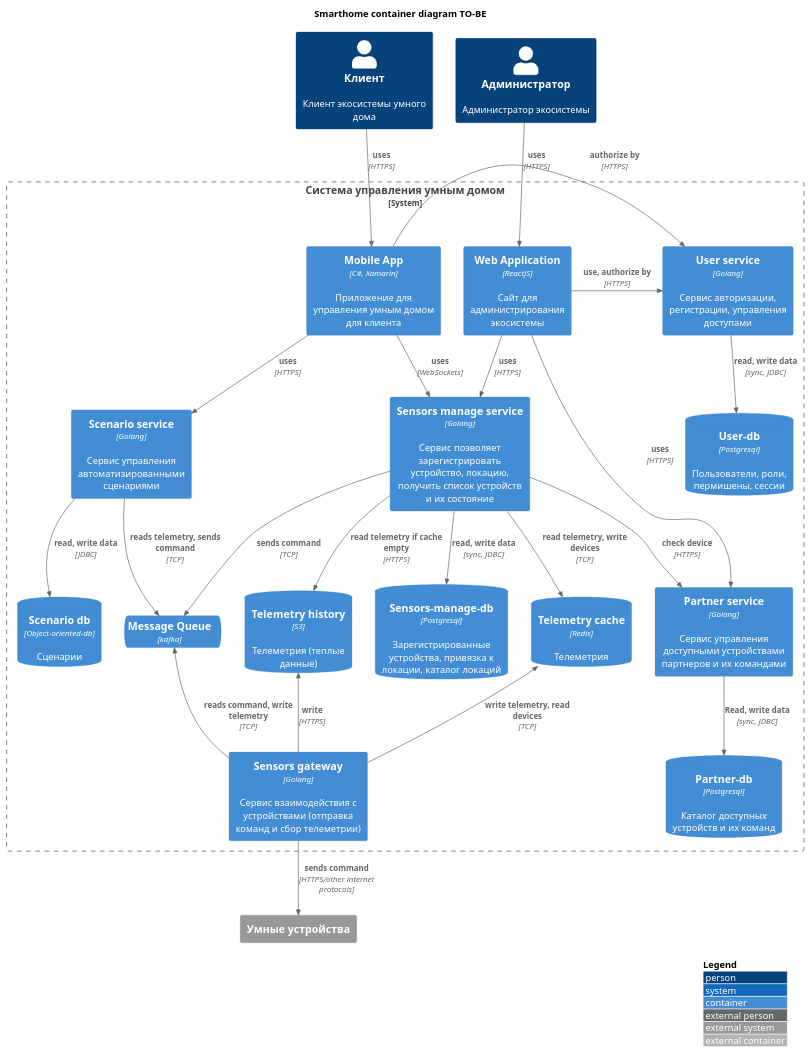
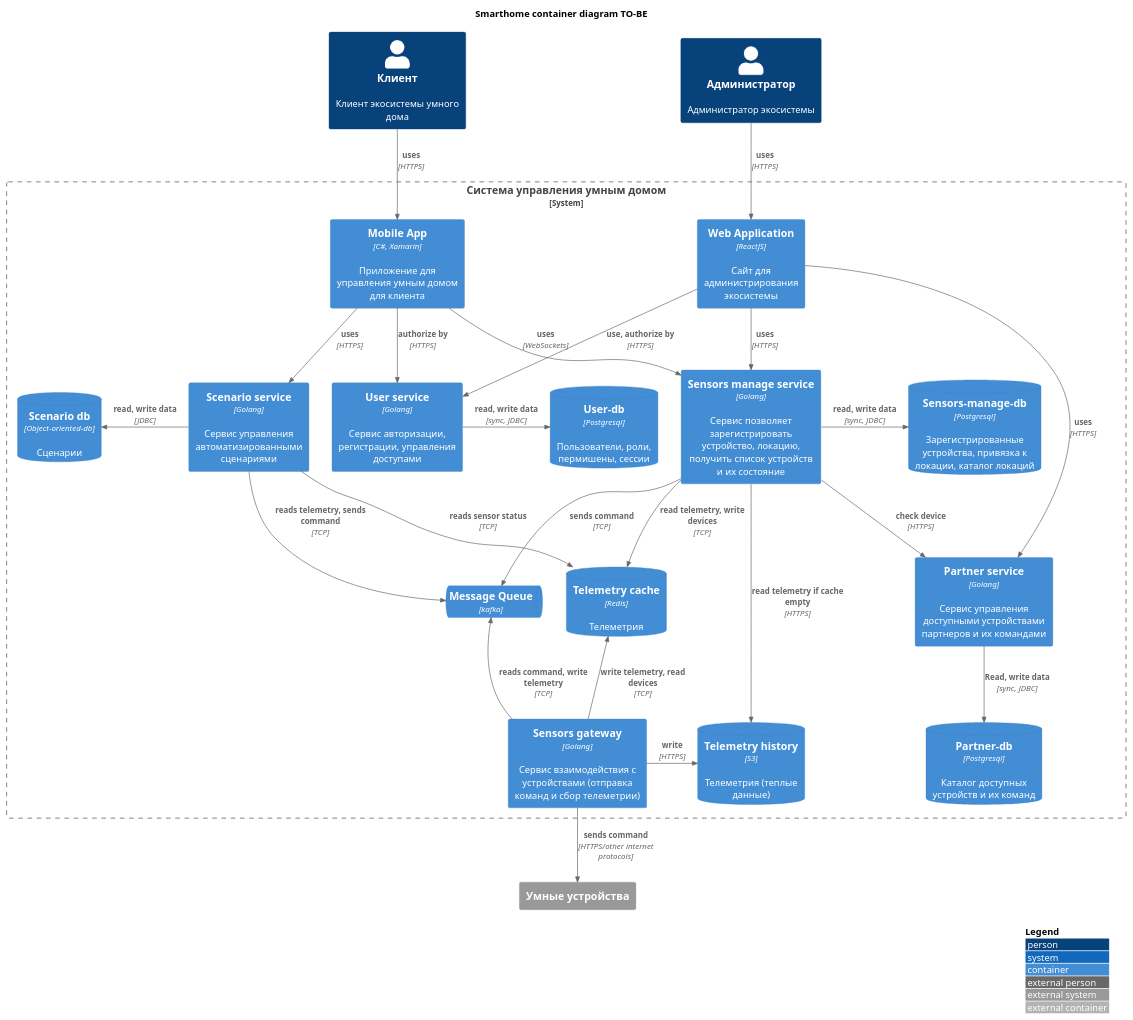
Before and after one commit to annmozer116/warmhouse-golang: the diagram in schemas/container/Smarthome-container.puml, drawn with PlantUML. The commit also changed 3 other files, not shown here.

Commit message:
Update Component diagram 3 and fix d1, d2, d0

```diff
--- a/schemas/container/Smarthome-container.puml
+++ b/schemas/container/Smarthome-container.puml
@@ -1,87 +1,89 @@
 @startuml Smart-home-container
 !include https://raw.githubusercontent.com/plantuml-stdlib/C4-PlantUML/master/C4_Container.puml
 ' uncomment the following line and comment the first to use locally
 ' !include C4_Container.puml
 
 ' LAYOUT_TOP_DOWN()
 ' LAYOUT_AS_SKETCH()
 LAYOUT_WITH_LEGEND()
 
 title Smarthome container diagram TO-BE
 
 Person(user, "Клиент", "Клиент экосистемы умного дома")
 Person(admin, "Администратор", "Администратор экосистемы")
 
 System_Boundary(c1, "Система управления умным домом") {
     Container(admin_web_app, "Web Application", "ReactJS", "Сайт для администрирования экосистемы")
     Container(mobile_app, "Mobile App", "C#, Xamarin", "Приложение для управления умным домом для клиента")
 
     Container(user_service, "User service", "Golang", "Сервис авторизации, регистрации, управления доступами")
     ContainerDb(user_service_db, "User-db", "Postgresql", "Пользователи, роли, пермишены, сессии")
 
     Container(partner_service, "Partner service", "Golang", "Сервис управления доступными устройствами партнеров и их командами")
     ContainerDb(partner_service_db, "Partner-db", "Postgresql", "Каталог доступных устройств и их команд")
 
     Container(sensors_manage_service, "Sensors manage service", "Golang", "Сервис позволяет зарегистрировать устройство, локацию, получить список устройств и их состояние")
     ContainerDb(sensors_manage_service_db, "Sensors-manage-db", "Postgresql", "Зарегистрированные устройства, привязка к локации, каталог локаций")
 
-    Container(sensors_service, "Sensors gateway", "Golang", "Сервис взаимодействия с устройствами (отправка команд и сбор телеметрии)")
+    Container(sensors_gw_service, "Sensors gateway", "Golang", "Сервис взаимодействия с устройствами (отправка команд и сбор телеметрии)")
     ContainerDb(telemetry_cache, "Telemetry cache", "Redis", "Телеметрия")
     ContainerDb(telemetry_history, "Telemetry history", "S3", "Телеметрия (теплые данные)")
 
     ContainerQueue(smarthome_mq, "Message Queue", "kafka")
 
     Container(scenario_service, "Scenario service", "Golang", "Сервис управления автоматизированными сценариями")
     ContainerDb(scenario_service_db, "Scenario db", "Object-oriented-db", "Сценарии")
 
     ' ContainerDb(database, "Database", "SQL Database", "Stores user registration information, hashed auth credentials, access logs, etc.")
     ' Container(backend_api, "API Application", "Java, Docker Container", "Provides Internet banking functionality via API")
 }
 System_Ext(sensor, "Умные устройства")
 
 Rel(user, mobile_app, "uses", "HTTPS")
 Rel(admin, admin_web_app, "uses", "HTTPS")
 
-Rel_Neighbor(mobile_app,user_service, "authorize by", "HTTPS")
-Rel_Neighbor(admin_web_app,user_service, "use, authorize by", "HTTPS")
+Rel_R(mobile_app,user_service, "authorize by", "HTTPS")
+Rel(admin_web_app,user_service, "use, authorize by", "HTTPS")
 Rel(admin_web_app,sensors_manage_service, "uses", "HTTPS")
-Rel(user_service,user_service_db, "read, write data", "sync, JDBC")
+Rel_Neighbor(user_service,user_service_db, "read, write data", "sync, JDBC")
 
 Rel(admin_web_app, partner_service, "uses", "HTTPS")
 Rel(partner_service, partner_service_db, "Read, write data", "sync, JDBC")
 
 Rel(mobile_app, sensors_manage_service, "uses", "WebSockets")
-Rel(sensors_manage_service, sensors_manage_service_db, "read, write data", "sync, JDBC")
+Rel_Neighbor(sensors_manage_service, sensors_manage_service_db, "read, write data", "sync, JDBC")
 
 Rel(sensors_manage_service, smarthome_mq, "sends command", "TCP")
-Rel_U(sensors_service, smarthome_mq, "reads command, write telemetry", "TCP")
+Rel_U(sensors_gw_service, smarthome_mq, "reads command, write telemetry", "TCP")
 
 Rel(sensors_manage_service, partner_service, "check device", "HTTPS")
 Rel(sensors_manage_service, telemetry_cache, "read telemetry, write devices", "TCP")
 Rel(sensors_manage_service, telemetry_history, "read telemetry if cache empty", "HTTPS")
 
-Rel(sensors_service, sensor, "sends command", "HTTPS/other internet protocols")
-Rel_U(sensors_service, telemetry_cache, "write telemetry, read devices", "TCP")
-Rel_U(sensors_service, telemetry_history, "write", "HTTPS")
+Rel(sensors_gw_service, sensor, "sends command", "HTTPS/other internet protocols")
+Rel_U(sensors_gw_service, telemetry_cache, "write telemetry, read devices", "TCP")
+Rel_Neighbor(sensors_gw_service, telemetry_history, "write", "HTTPS")
 
 Rel(mobile_app, scenario_service, "uses", "HTTPS")
-Rel(scenario_service, scenario_service_db, "read, write data", "JDBC")
+Rel_L(scenario_service, scenario_service_db, "read, write data", "JDBC")
 Rel(scenario_service, smarthome_mq, "reads telemetry, sends command", "TCP")
+Rel(scenario_service, telemetry_cache, "reads sensor status", "TCP")
+
 
 
 ' System_Ext(email_system, "E-Mail System", "The internal Microsoft Exchange system")
 ' System_Ext(banking_system, "Mainframe Banking System", "Stores all of the core banking information about customers, accounts, transactions, etc.")
 
 ' Rel(customer, web_app, "Uses", "HTTPS")
 ' Rel(customer, spa, "Uses", "HTTPS")
 ' Rel(customer, mobile_app, "Uses")
 
 ' Rel_Neighbor(web_app, spa, "Delivers")
 ' Rel(spa, backend_api, "Uses", "async, JSON/HTTPS")
 ' Rel(mobile_app, backend_api, "Uses", "async, JSON/HTTPS")
 ' Rel_Back_Neighbor(database, backend_api, "Reads from and writes to", "sync, JDBC")
 
 ' Rel_Back(customer, email_system, "Sends e-mails to")
 ' Rel_Back(email_system, backend_api, "Sends e-mails using", "sync, SMTP")
 ' Rel_Neighbor(backend_api, banking_system, "Uses", "sync/async, XML/HTTPS")
 @enduml
```
